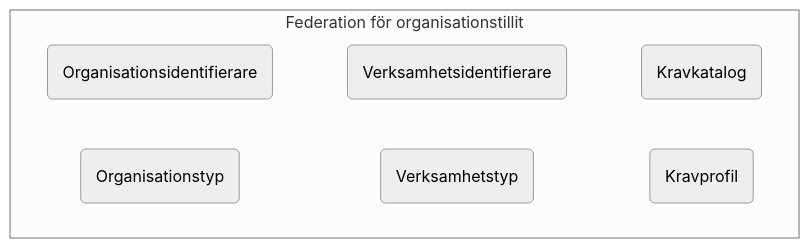
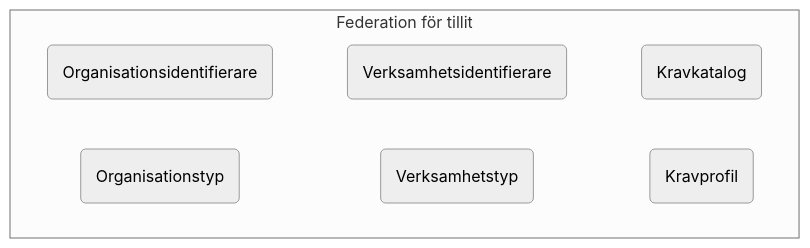
The third of 14 diagrams in architecture/drafts/IAM_TargetArchitecture_Sweden.md (diggsweden/ena-authorization), drawn with Mermaid (neutral theme) before and after one commit. The commit also changed other lines of this file, not shown here.

Commit message:
Tog bort "organisationstillit" ur modellen för att undvika missförstånd

````diff
--- a/architecture/drafts/IAM_TargetArchitecture_Sweden.md
+++ b/architecture/drafts/IAM_TargetArchitecture_Sweden.md
@@ -129,15 +135,15 @@
 ```mermaid
 graph TB
-subgraph fo[Federation för organisationstillit]
+subgraph fo[Federation för tillit]
     direction LR
     oi(Organisationsidentifierare)
     ot(Organisationstyp)
     vi(Verksamhetsidentifierare)
     vt(Verksamhetstyp)
     kk(Kravkatalog)
     kp(Kravprofil)
 
     oi~~~vi~~~kk
     ot~~~vt~~~kp
 end
 ```
````
